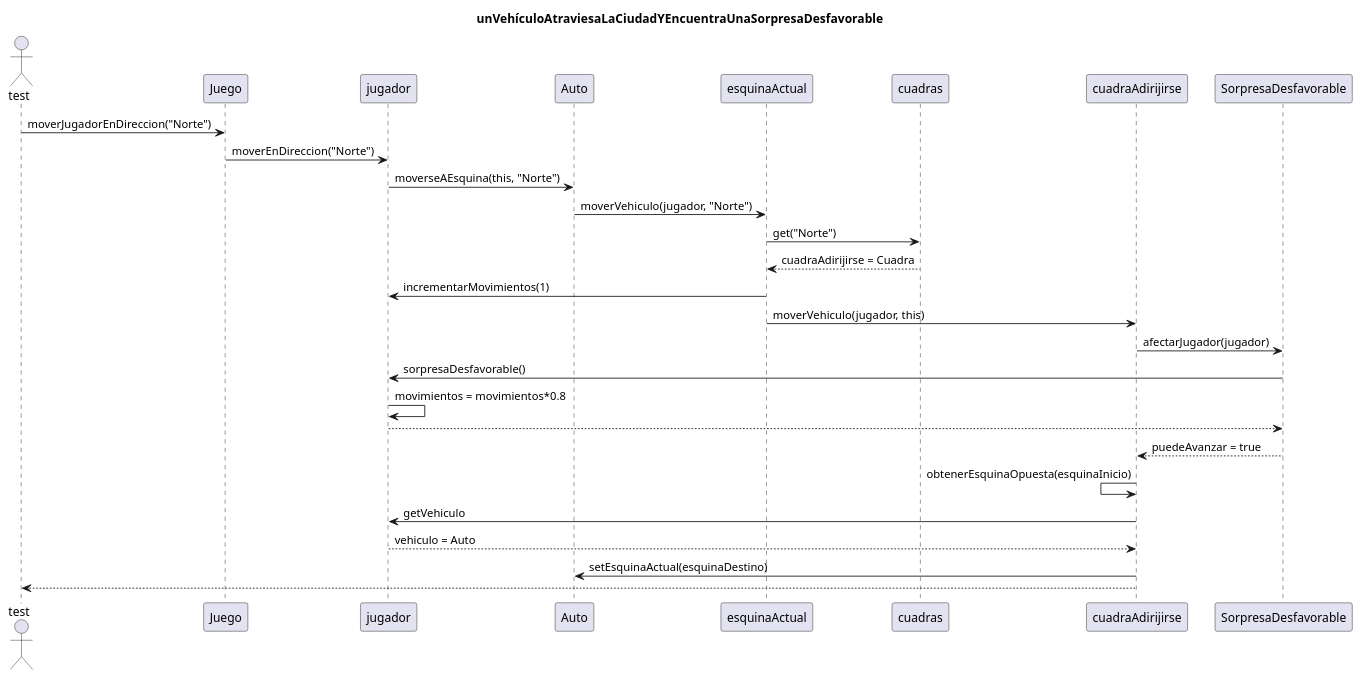
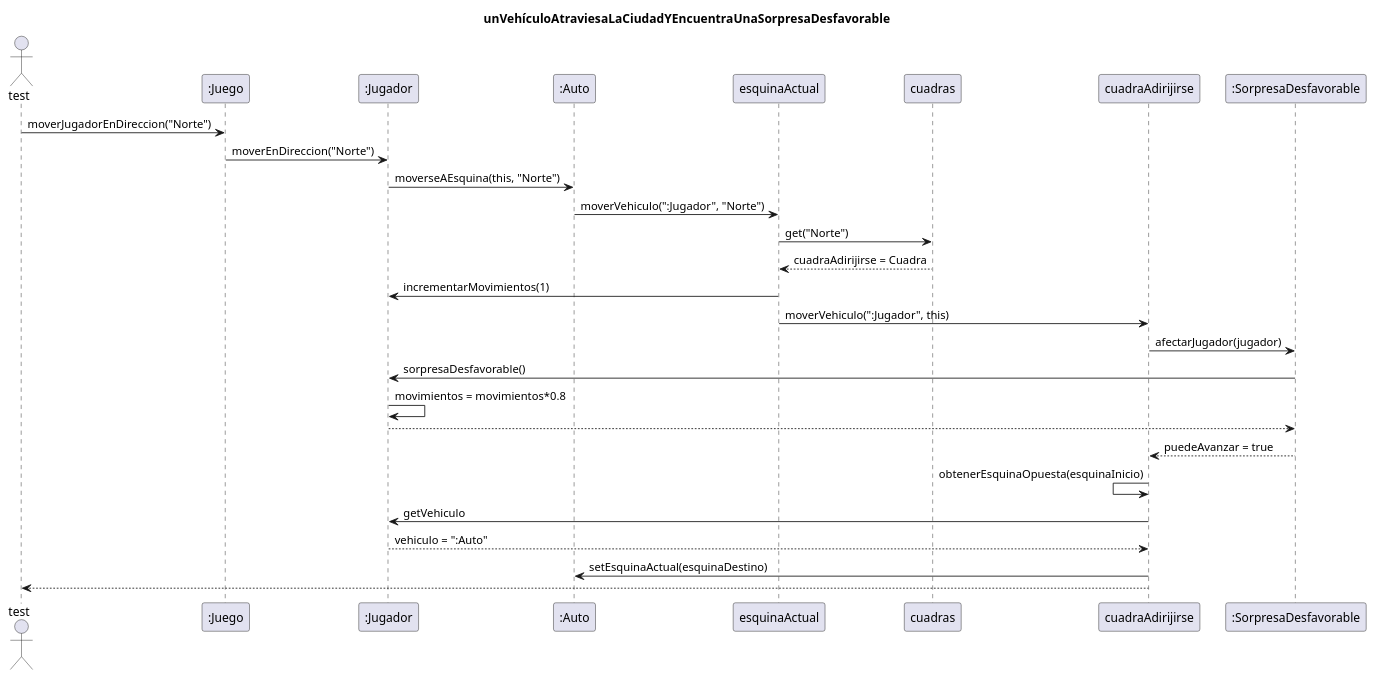
Before and after one commit to TP2Algo3FIUBA/tp2: the diagram in diagrams/sequences/entrega02/CasoDeUso02.plantuml, drawn with PlantUML. The commit also changed 2 other files, not shown here.

Commit message:
Diagrama de secuencia caso de uso 3 semana 2

```diff
--- a/diagrams/sequences/entrega02/CasoDeUso02.plantuml
+++ b/diagrams/sequences/entrega02/CasoDeUso02.plantuml
@@ -1,23 +1,23 @@
 @startuml
 title: unVehículoAtraviesaLaCiudadYEncuentraUnaSorpresaDesfavorable
 
 Actor test
-test -> Juego : moverJugadorEnDireccion("Norte")
-Juego -> jugador : moverEnDireccion("Norte")
-jugador -> Auto : moverseAEsquina(this, "Norte")
-Auto -> esquinaActual : moverVehiculo(jugador, "Norte")
+test -> ":Juego" : moverJugadorEnDireccion("Norte")
+":Juego" -> ":Jugador" : moverEnDireccion("Norte")
+":Jugador" -> ":Auto" : moverseAEsquina(this, "Norte")
+":Auto" -> esquinaActual : moverVehiculo(":Jugador", "Norte")
 esquinaActual -> cuadras : get("Norte")
 esquinaActual <-- cuadras : cuadraAdirijirse = Cuadra
-esquinaActual -> jugador : incrementarMovimientos(1)
-esquinaActual -> cuadraAdirijirse : moverVehiculo(jugador, this)
-cuadraAdirijirse -> SorpresaDesfavorable : afectarJugador(jugador)
-SorpresaDesfavorable -> jugador : sorpresaDesfavorable()
-jugador -> jugador : movimientos = movimientos*0.8
-SorpresaDesfavorable <-- jugador
-cuadraAdirijirse <-- SorpresaDesfavorable : puedeAvanzar = true
+esquinaActual -> ":Jugador" : incrementarMovimientos(1)
+esquinaActual -> cuadraAdirijirse : moverVehiculo(":Jugador", this)
+cuadraAdirijirse -> ":SorpresaDesfavorable" : afectarJugador(jugador)
+":SorpresaDesfavorable" -> ":Jugador" : sorpresaDesfavorable()
+":Jugador" -> ":Jugador" : movimientos = movimientos*0.8
+":SorpresaDesfavorable" <-- ":Jugador"
+cuadraAdirijirse <-- ":SorpresaDesfavorable" : puedeAvanzar = true
 cuadraAdirijirse <- cuadraAdirijirse : obtenerEsquinaOpuesta(esquinaInicio)
-cuadraAdirijirse -> jugador : getVehiculo
-cuadraAdirijirse <-- jugador : vehiculo = Auto
-cuadraAdirijirse -> Auto : setEsquinaActual(esquinaDestino)
+cuadraAdirijirse -> ":Jugador" : getVehiculo
+cuadraAdirijirse <-- ":Jugador" : vehiculo = ":Auto"
+cuadraAdirijirse -> ":Auto" : setEsquinaActual(esquinaDestino)
 test <-- cuadraAdirijirse
 @enduml
```
